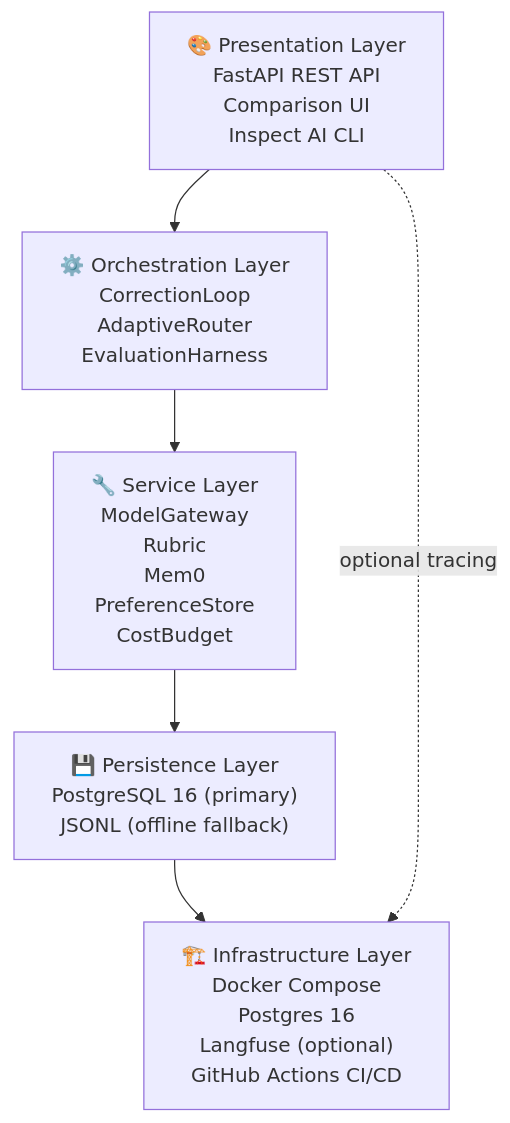
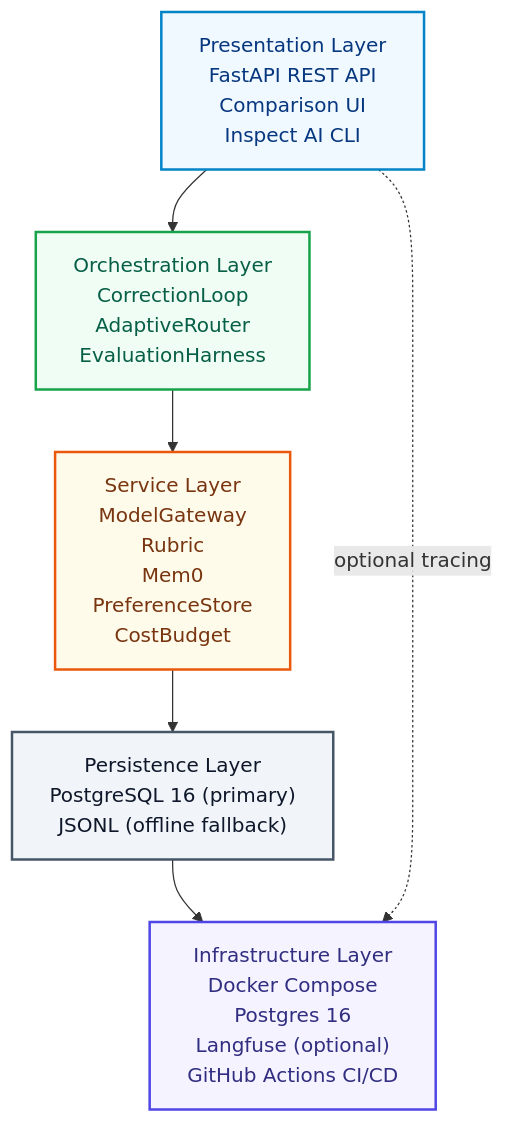
Before and after one commit to Hasan26ozcan/Script-Supervisor: the first of 4 diagrams in docs/PROJECT_ARCHITECTURE.md, drawn with Mermaid. The commit also changed 2 other files, not shown here.

Commit message:
update graphic

````diff
--- a/docs/PROJECT_ARCHITECTURE.md
+++ b/docs/PROJECT_ARCHITECTURE.md
@@ -15,14 +15,25 @@
 ```mermaid
 graph TD
-    P["🎨 Presentation Layer<br/>FastAPI REST API<br/>Comparison UI<br/>Inspect AI CLI"]
-    O["⚙️ Orchestration Layer<br/>CorrectionLoop<br/>AdaptiveRouter<br/>EvaluationHarness"]
-    S["🔧 Service Layer<br/>ModelGateway<br/>Rubric<br/>Mem0<br/>PreferenceStore<br/>CostBudget"]
-    D["💾 Persistence Layer<br/>PostgreSQL 16 (primary)<br/>JSONL (offline fallback)"]
-    I["🏗️ Infrastructure Layer<br/>Docker Compose<br/>Postgres 16<br/>Langfuse (optional)<br/>GitHub Actions CI/CD"]
+    P["Presentation Layer<br/>FastAPI REST API<br/>Comparison UI<br/>Inspect AI CLI"]
+    O["Orchestration Layer<br/>CorrectionLoop<br/>AdaptiveRouter<br/>EvaluationHarness"]
+    S["Service Layer<br/>ModelGateway<br/>Rubric<br/>Mem0<br/>PreferenceStore<br/>CostBudget"]
+    D["Persistence Layer<br/>PostgreSQL 16 (primary)<br/>JSONL (offline fallback)"]
+    I["Infrastructure Layer<br/>Docker Compose<br/>Postgres 16<br/>Langfuse (optional)<br/>GitHub Actions CI/CD"]
 
     P --> O
     O --> S
     S --> D
     D --> I
     P -.->|optional tracing| I
+
+    classDef presentation fill:#f0f9ff,stroke:#0284c7,stroke-width:2px,color:#07377e
+    classDef orchestration fill:#f0fdf4,stroke:#16a34a,stroke-width:2px,color:#065f46
+    classDef service fill:#fffbeb,stroke:#ea580c,stroke-width:2px,color:#78350f
+    classDef persistence fill:#f1f5f9,stroke:#475569,stroke-width:2px,color:#0f172a
+    classDef infrastructure fill:#f5f3ff,stroke:#4f46e5,stroke-width:2px,color:#312e81
+    class P presentation
+    class O orchestration
+    class S service
+    class D persistence
+    class I infrastructure
 ```
````
